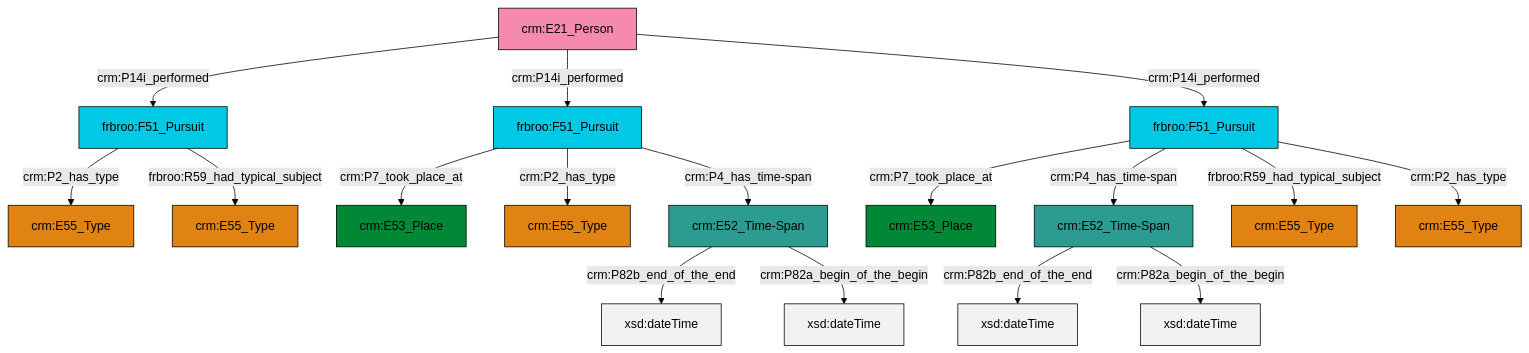
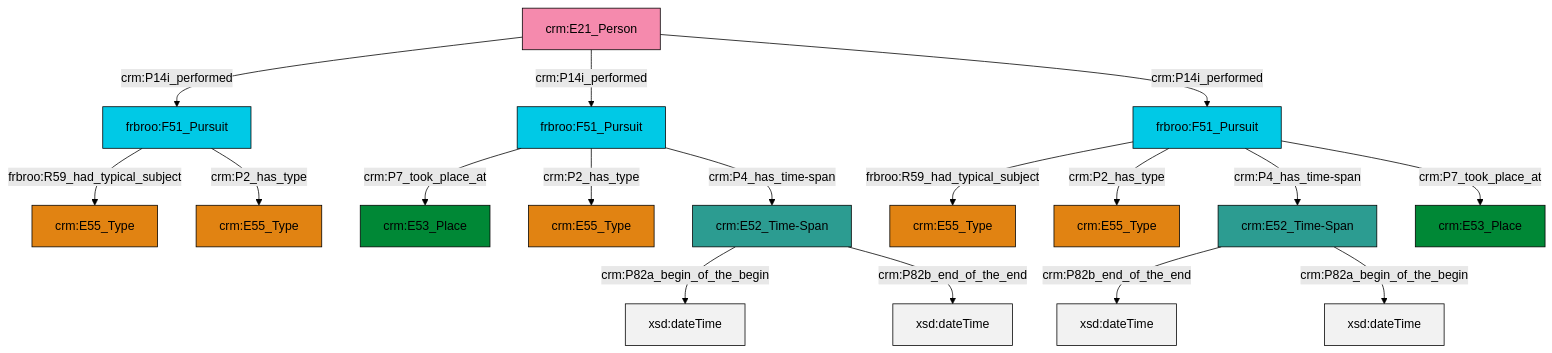
Before and after one commit to swiss-art-research-net/reference-data-models: the diagram in et/personCSV/ttl/mmd/Person_Event.ttl.mmd, drawn with Mermaid (forest theme). The commit also changed 122 other files, not shown here.

```diff
--- a/et/personCSV/ttl/mmd/Person_Event.ttl.mmd
+++ b/et/personCSV/ttl/mmd/Person_Event.ttl.mmd
@@ -1,31 +1,31 @@
 graph TD
 classDef Literal fill:#f2f2f2,stroke:#000000;
 classDef CRM_Entity fill:#FFFFFF,stroke:#000000;
 classDef Temporal_Entity fill:#00C9E6, stroke:#000000;
 classDef Type fill:#E18312, stroke:#000000;
 classDef Time-Span fill:#2C9C91, stroke:#000000;
 classDef Appellation fill:#FFEB7F, stroke:#000000;
 classDef Place fill:#008836, stroke:#000000;
 classDef Persistent_Item fill:#B266B2, stroke:#000000;
 classDef Conceptual_Object fill:#FFD700, stroke:#000000;
 classDef Physical_Thing fill:#D2B48C, stroke:#000000;
 classDef Actor fill:#f58aad, stroke:#000000;
 classDef PC_Classes fill:#4ce600, stroke:#000000;
 classDef Multi fill:#cccccc,stroke:#000000;
 
-0["frbroo:F51_Pursuit"]:::Temporal_Entity -->|crm:P2_has_type| 1["crm:E55_Type"]:::Type
-8["crm:E21_Person"]:::Actor -->|crm:P14i_performed| 0["frbroo:F51_Pursuit"]:::Temporal_Entity
-2["frbroo:F51_Pursuit"]:::Temporal_Entity -->|crm:P7_took_place_at| 9["crm:E53_Place"]:::Place
-0["frbroo:F51_Pursuit"]:::Temporal_Entity -->|frbroo:R59_had_typical_subject| 11["crm:E55_Type"]:::Type
-16["crm:E52_Time-Span"]:::Time-Span -->|crm:P82b_end_of_the_end| 19[xsd:dateTime]:::Literal
-8["crm:E21_Person"]:::Actor -->|crm:P14i_performed| 20["frbroo:F51_Pursuit"]:::Temporal_Entity
-4["crm:E52_Time-Span"]:::Time-Span -->|crm:P82b_end_of_the_end| 21[xsd:dateTime]:::Literal
-8["crm:E21_Person"]:::Actor -->|crm:P14i_performed| 2["frbroo:F51_Pursuit"]:::Temporal_Entity
-4["crm:E52_Time-Span"]:::Time-Span -->|crm:P82a_begin_of_the_begin| 23[xsd:dateTime]:::Literal
-20["frbroo:F51_Pursuit"]:::Temporal_Entity -->|crm:P7_took_place_at| 24["crm:E53_Place"]:::Place
-16["crm:E52_Time-Span"]:::Time-Span -->|crm:P82a_begin_of_the_begin| 31[xsd:dateTime]:::Literal
-2["frbroo:F51_Pursuit"]:::Temporal_Entity -->|crm:P4_has_time-span| 16["crm:E52_Time-Span"]:::Time-Span
-20["frbroo:F51_Pursuit"]:::Temporal_Entity -->|crm:P2_has_type| 13["crm:E55_Type"]:::Type
+0["crm:E52_Time-Span"]:::Time-Span -->|crm:P82a_begin_of_the_begin| 1[xsd:dateTime]:::Literal
+4["crm:E52_Time-Span"]:::Time-Span -->|crm:P82b_end_of_the_end| 5[xsd:dateTime]:::Literal
+12["crm:E21_Person"]:::Actor -->|crm:P14i_performed| 8["frbroo:F51_Pursuit"]:::Temporal_Entity
+0["crm:E52_Time-Span"]:::Time-Span -->|crm:P82b_end_of_the_end| 16[xsd:dateTime]:::Literal
+20["frbroo:F51_Pursuit"]:::Temporal_Entity -->|frbroo:R59_had_typical_subject| 10["crm:E55_Type"]:::Type
+12["crm:E21_Person"]:::Actor -->|crm:P14i_performed| 21["frbroo:F51_Pursuit"]:::Temporal_Entity
+20["frbroo:F51_Pursuit"]:::Temporal_Entity -->|crm:P2_has_type| 23["crm:E55_Type"]:::Type
 20["frbroo:F51_Pursuit"]:::Temporal_Entity -->|crm:P4_has_time-span| 4["crm:E52_Time-Span"]:::Time-Span
-2["frbroo:F51_Pursuit"]:::Temporal_Entity -->|frbroo:R59_had_typical_subject| 29["crm:E55_Type"]:::Type
-2["frbroo:F51_Pursuit"]:::Temporal_Entity -->|crm:P2_has_type| 6["crm:E55_Type"]:::Type
+8["frbroo:F51_Pursuit"]:::Temporal_Entity -->|frbroo:R59_had_typical_subject| 25["crm:E55_Type"]:::Type
+4["crm:E52_Time-Span"]:::Time-Span -->|crm:P82a_begin_of_the_begin| 26[xsd:dateTime]:::Literal
+12["crm:E21_Person"]:::Actor -->|crm:P14i_performed| 20["frbroo:F51_Pursuit"]:::Temporal_Entity
+21["frbroo:F51_Pursuit"]:::Temporal_Entity -->|crm:P7_took_place_at| 14["crm:E53_Place"]:::Place
+8["frbroo:F51_Pursuit"]:::Temporal_Entity -->|crm:P2_has_type| 6["crm:E55_Type"]:::Type
+21["frbroo:F51_Pursuit"]:::Temporal_Entity -->|crm:P2_has_type| 2["crm:E55_Type"]:::Type
+21["frbroo:F51_Pursuit"]:::Temporal_Entity -->|crm:P4_has_time-span| 0["crm:E52_Time-Span"]:::Time-Span
+20["frbroo:F51_Pursuit"]:::Temporal_Entity -->|crm:P7_took_place_at| 18["crm:E53_Place"]:::Place
```
